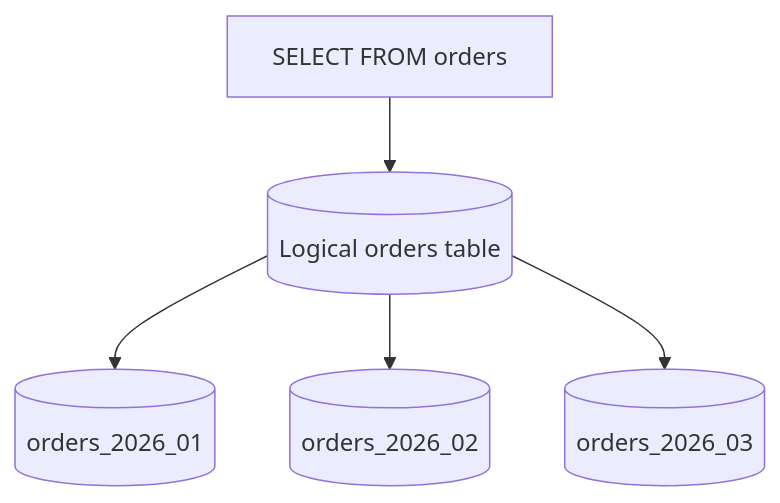
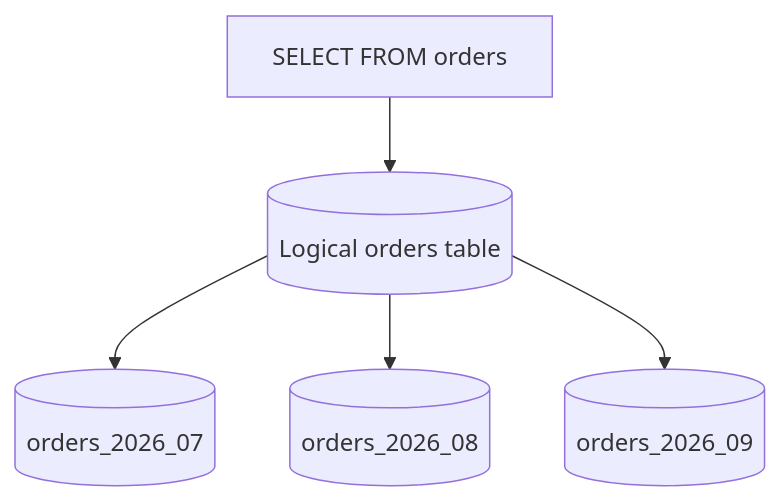
One commit to AvadhBhalodiya/Interview-Preparation changed the sixth of 12 diagrams in src/content/databases/replication-sharding-partitioning.md. Above: the diagram before and after it, drawn with Mermaid. The commit also changed other lines of this file and 80 other files, not shown here.

````diff
--- a/src/content/databases/replication-sharding-partitioning.md
+++ b/src/content/databases/replication-sharding-partitioning.md
@@ -402,8 +315,7 @@
 ```mermaid
 flowchart TD
-    Q[SELECT FROM orders] --> P[(Logical orders table)]
-
-    P --> P1[(orders_2026_01)]
-    P --> P2[(orders_2026_02)]
-    P --> P3[(orders_2026_03)]
+    Q[SELECT FROM orders] --> O[(Logical orders table)]
+    O --> J[(orders_2026_07)]
+    O --> A[(orders_2026_08)]
+    O --> S[(orders_2026_09)]
 ```
````
